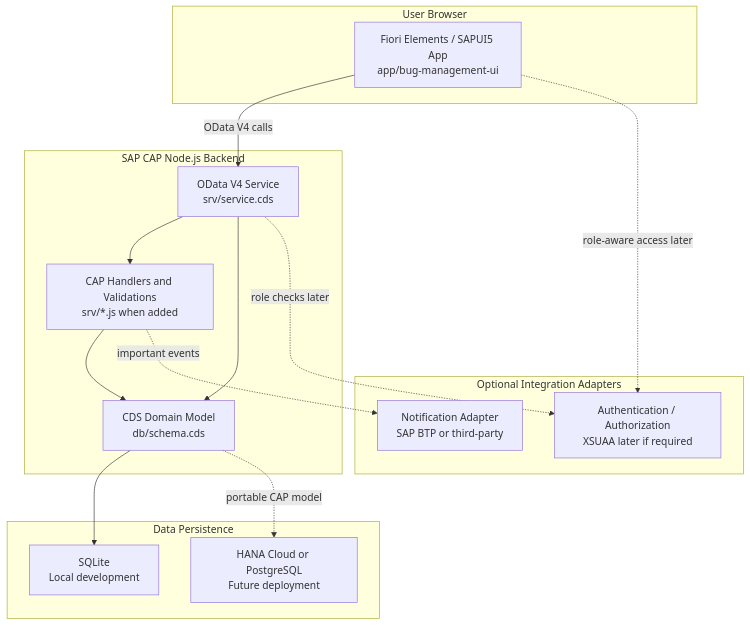
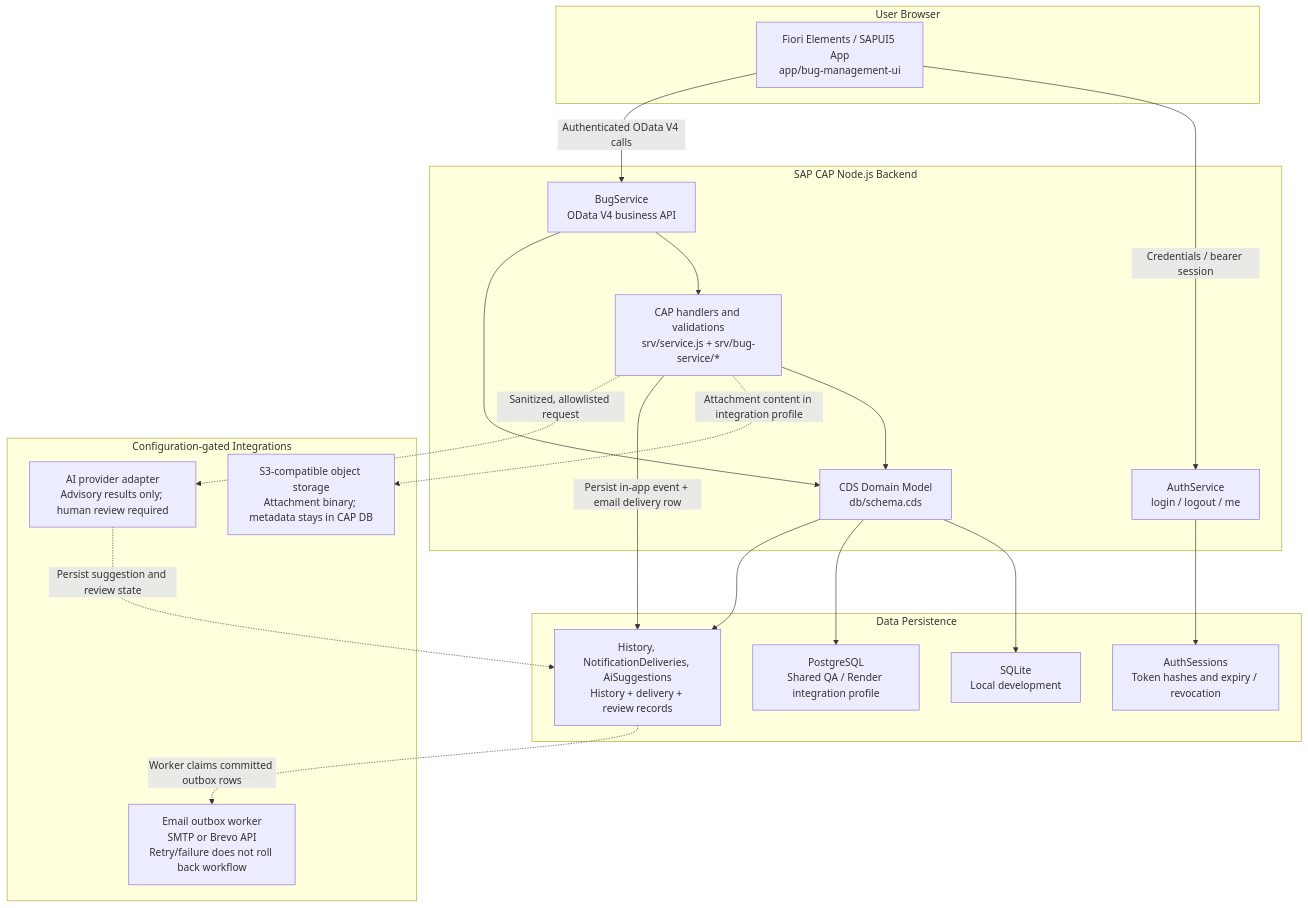
One commit to DarwinDO/IDTS-SAP01 changed the second of 2 diagrams in docs/diagrams/01-system-context-and-architecture.md. Above: the diagram before and after it, drawn with Mermaid. The commit also changed other lines of this file and 124 other files, not shown here.

````diff
--- a/docs/diagrams/01-system-context-and-architecture.md
+++ b/docs/diagrams/01-system-context-and-architecture.md
@@ -30,32 +34,41 @@
 ```mermaid
 flowchart TB
     subgraph Browser["User Browser"]
         FioriApp["Fiori Elements / SAPUI5 App\napp/bug-management-ui"]
     end
 
     subgraph CAP["SAP CAP Node.js Backend"]
-        OData["OData V4 Service\nsrv/service.cds"]
-        Handlers["CAP Handlers and Validations\nsrv/*.js when added"]
+        AuthService["AuthService\nlogin / logout / me"]
+        BugService["BugService\nOData V4 business API"]
+        Handlers["CAP handlers and validations\nsrv/service.js + srv/bug-service/*"]
         Model["CDS Domain Model\ndb/schema.cds"]
     end
 
     subgraph Data["Data Persistence"]
         SQLite["SQLite\nLocal development"]
-        DeployDB["HANA Cloud or PostgreSQL\nFuture deployment"]
+        PostgreSQL["PostgreSQL\nShared QA / Render integration profile"]
+        Sessions["AuthSessions\nToken hashes and expiry / revocation"]
+        Audit["History, NotificationDeliveries, AiSuggestions\nHistory + delivery + review records"]
     end
 
-    subgraph OptionalAdapters["Optional Integration Adapters"]
-        Notify["Notification Adapter\nSAP BTP or third-party"]
-        Auth["Authentication / Authorization\nXSUAA later if required"]
+    subgraph Integrations["Configuration-gated Integrations"]
+        ObjectStore["S3-compatible object storage\nAttachment binary; metadata stays in CAP DB"]
+        Email["Email outbox worker\nSMTP or Brevo API\nRetry/failure does not roll back workflow"]
+        AI["AI provider adapter\nAdvisory results only; human review required"]
     end
 
-    FioriApp -->|"OData V4 calls"| OData
-    OData --> Handlers
-    OData --> Model
+    FioriApp -->|"Credentials / bearer session"| AuthService
+    FioriApp -->|"Authenticated OData V4 calls"| BugService
+    AuthService --> Sessions
+    BugService --> Handlers
+    BugService --> Model
     Handlers --> Model
     Model --> SQLite
-    Model -. "portable CAP model" .-> DeployDB
-    Handlers -. "important events" .-> Notify
-    FioriApp -. "role-aware access later" .-> Auth
-    OData -. "role checks later" .-> Auth
+    Model --> PostgreSQL
+    Model --> Audit
+    Handlers -. "Attachment content in integration profile" .-> ObjectStore
+    Handlers -->|"Persist in-app event + email delivery row"| Audit
+    Audit -. "Worker claims committed outbox rows" .-> Email
+    Handlers -. "Sanitized, allowlisted request" .-> AI
+    AI -. "Persist suggestion and review state" .-> Audit
 ```
````
